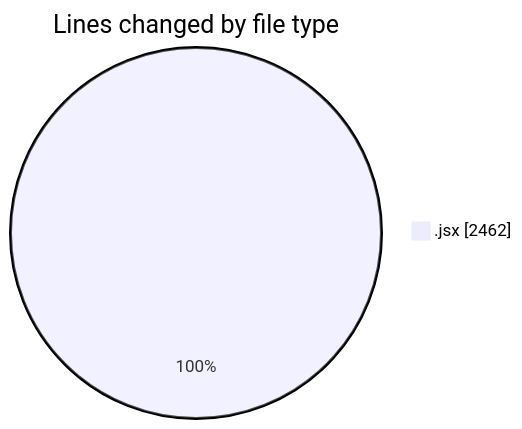
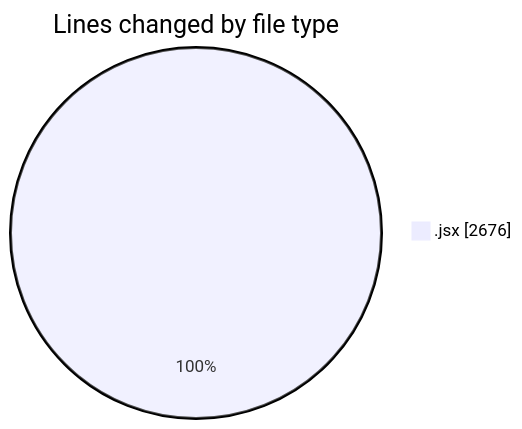
Before and after one commit to nxtqubesakshisongat/code-tracking: the first of 2 diagrams in 2025-05-23/nxtqube_webapp/README.md, drawn with Mermaid. The commit also changed other lines of this file and 1 other file, not shown here.

````diff
--- a/2025-05-23/nxtqube_webapp/README.md
+++ b/2025-05-23/nxtqube_webapp/README.md
@@ -21,5 +21,5 @@
 ```mermaid
 pie showData
 title Lines changed by file type
-".jsx" : 2462
+".jsx" : 2676
 ```
````
